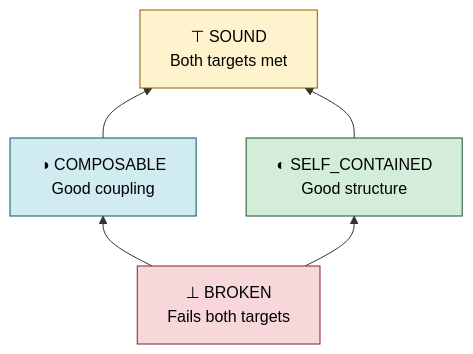
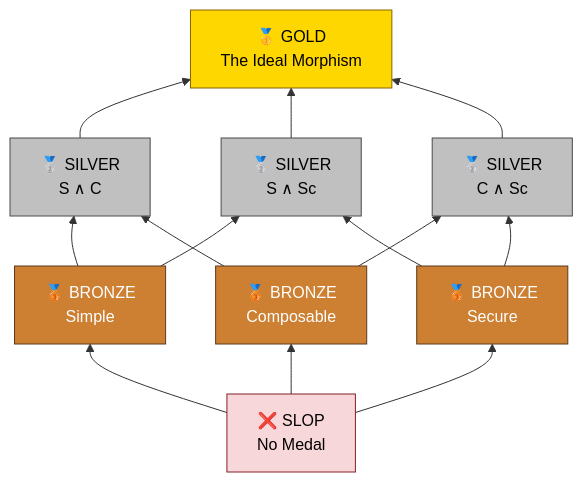
One commit to Krv-Labs/topos changed the diagram in docs/source/index.rst. Above: the diagram before and after it, drawn with Mermaid. The commit also changed other lines of this file and 235 other files, not shown here.

```diff
--- a/docs/source/index.rst
+++ b/docs/source/index.rst
@@ -70,17 +120,33 @@
 .. mermaid::
 
    graph BT
-       BROKEN["⊥ BROKEN<br/>Fails both targets"]
-       COMPOSABLE["◑ COMPOSABLE<br/>Good coupling"]
-       SELF_CONTAINED["◐ SELF_CONTAINED<br/>Good structure"]
-       SOUND["⊤ SOUND<br/>Both targets met"]
+       SLOP["❌ SLOP<br/>No Medal"]
+       SIMPLE["🥉 BRONZE<br/>Simple"]
+       COMPOSABLE["🥉 BRONZE<br/>Composable"]
+       SECURE["🥉 BRONZE<br/>Secure"]
+       SC["🥈 SILVER<br/>S ∧ C"]
+       SSc["🥈 SILVER<br/>S ∧ Sc"]
+       CSc["🥈 SILVER<br/>C ∧ Sc"]
+       IDEAL["🥇 GOLD<br/>The Ideal Morphism"]
 
-       BROKEN --> COMPOSABLE
-       BROKEN --> SELF_CONTAINED
-       COMPOSABLE --> SOUND
-       SELF_CONTAINED --> SOUND
+       SLOP --> SIMPLE
+       SLOP --> COMPOSABLE
+       SLOP --> SECURE
+       SIMPLE --> SC
+       SIMPLE --> SSc
+       COMPOSABLE --> SC
+       COMPOSABLE --> CSc
+       SECURE --> SSc
+       SECURE --> CSc
+       SC --> IDEAL
+       SSc --> IDEAL
+       CSc --> IDEAL
 
-       style BROKEN         fill:#f8d7da,stroke:#842029,color:#000
-       style COMPOSABLE     fill:#d1ecf1,stroke:#0c5460,color:#000
-       style SELF_CONTAINED fill:#d4edda,stroke:#155724,color:#000
-       style SOUND          fill:#fff3cd,stroke:#856404,color:#000
+       style SLOP       fill:#f8d7da,stroke:#842029,color:#000
+       style SIMPLE     fill:#cd7f32,stroke:#5c3a1e,color:#fff
+       style COMPOSABLE fill:#cd7f32,stroke:#5c3a1e,color:#fff
+       style SECURE     fill:#cd7f32,stroke:#5c3a1e,color:#fff
+       style SC         fill:#c0c0c0,stroke:#4a4a4a,color:#000
+       style SSc        fill:#c0c0c0,stroke:#4a4a4a,color:#000
+       style CSc        fill:#c0c0c0,stroke:#4a4a4a,color:#000
+       style IDEAL      fill:#ffd700,stroke:#856404,color:#000
```
